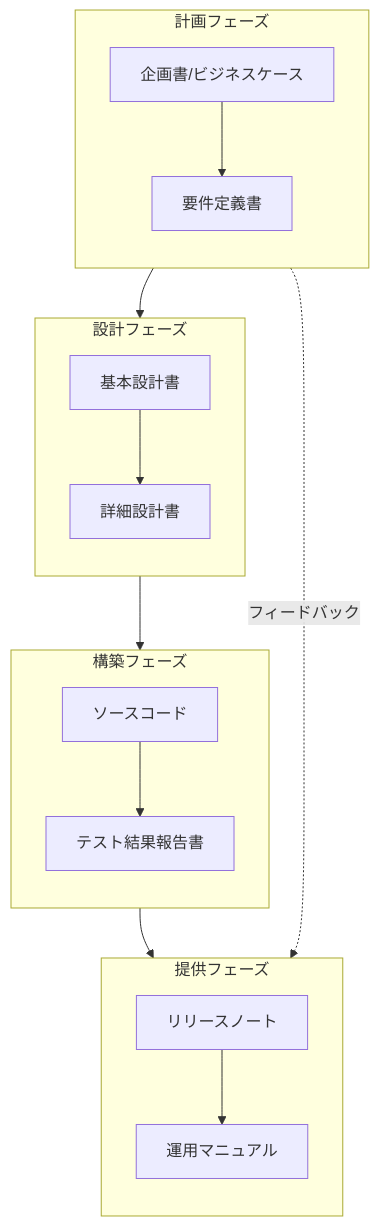
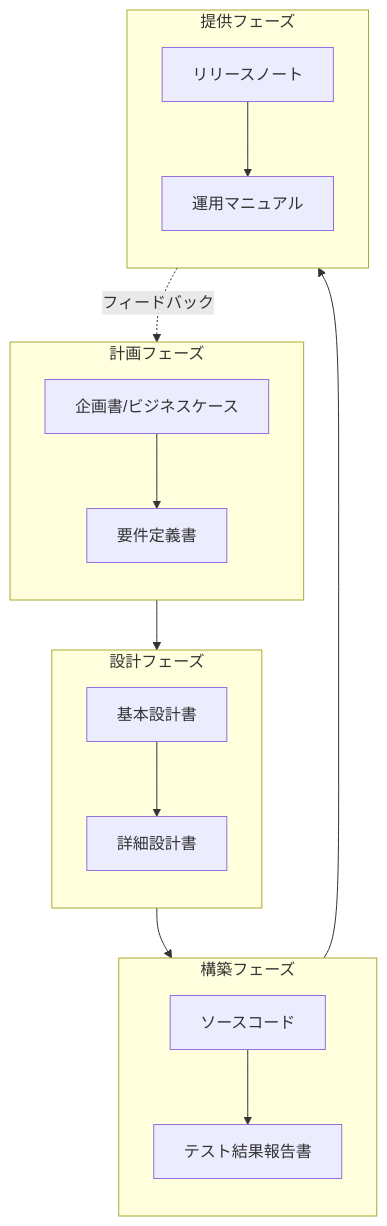
Before and after one commit to shuji-bonji/Management-of-software-systems-and-services: the second of 6 diagrams in project-process-map.md, drawn with Mermaid. The commit also changed other lines of this file and 8 other files, not shown here.

````diff
--- a/project-process-map.md
+++ b/project-process-map.md
@@ -35,27 +35,27 @@
 ```mermaid
 flowchart TB
     subgraph PLAN["計画フェーズ"]
         direction TB
         A1["企画書/ビジネスケース"] --> A2["要件定義書"]
     end
 
     subgraph DESIGN["設計フェーズ"]
         direction TB
         A2 --> B1["基本設計書"]
         B1 --> B2["詳細設計書"]
     end
 
     subgraph BUILD["構築フェーズ"]
         direction TB
         B2 --> C1["ソースコード"]
         C1 --> C2["テスト結果報告書"]
     end
 
     subgraph DELIVER["提供フェーズ"]
         direction TB
         C2 --> D1["リリースノート"]
         D1 --> D2["運用マニュアル"]
     end
 
-    PLAN -.->|"フィードバック"| DELIVER
+    DELIVER -.->|"フィードバック"| PLAN
 ```
````
